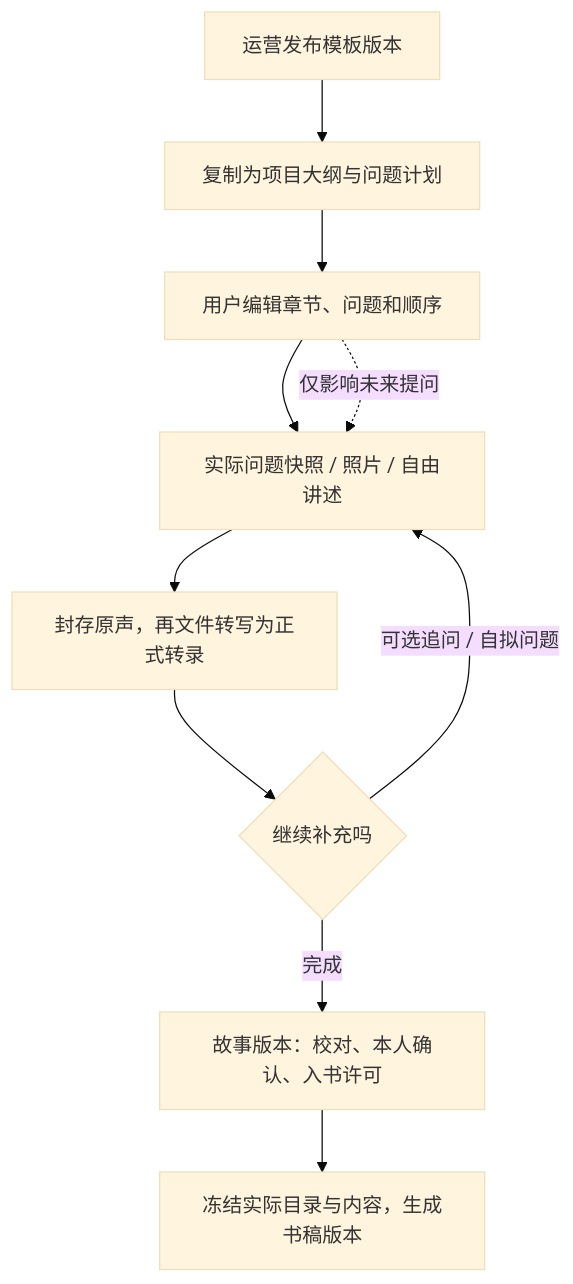
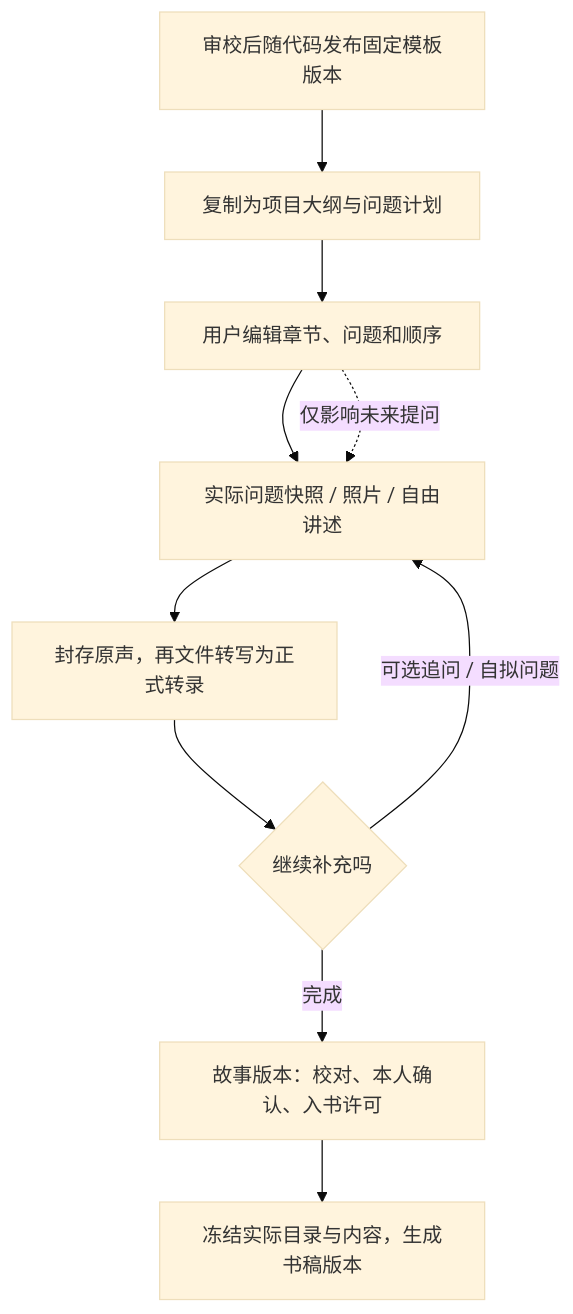
Before and after one commit to brycezhang/timenook: the diagram in docs/architecture/大纲与追问设计.md, drawn with Mermaid (base theme). The commit also changed other lines of this file and 49 other files, not shown here.

````diff
--- a/docs/architecture/大纲与追问设计.md
+++ b/docs/architecture/大纲与追问设计.md
@@ -11,12 +11,12 @@
 ```mermaid
 flowchart TD
-    T["运营发布模板版本"] --> P["复制为项目大纲与问题计划"]
+    T["审校后随代码发布固定模板版本"] --> P["复制为项目大纲与问题计划"]
     P --> E["用户编辑章节、问题和顺序"]
     E --> Q["实际问题快照 / 照片 / 自由讲述"]
     Q --> A["封存原声，再文件转写为正式转录"]
     A --> F{"继续补充吗"}
     F -->|"可选追问 / 自拟问题"| Q
     F -->|"完成"| S["故事版本：校对、本人确认、入书许可"]
     S --> B["冻结实际目录与内容，生成书稿版本"]
     E -.->|"仅影响未来提问"| Q
 ```
````
